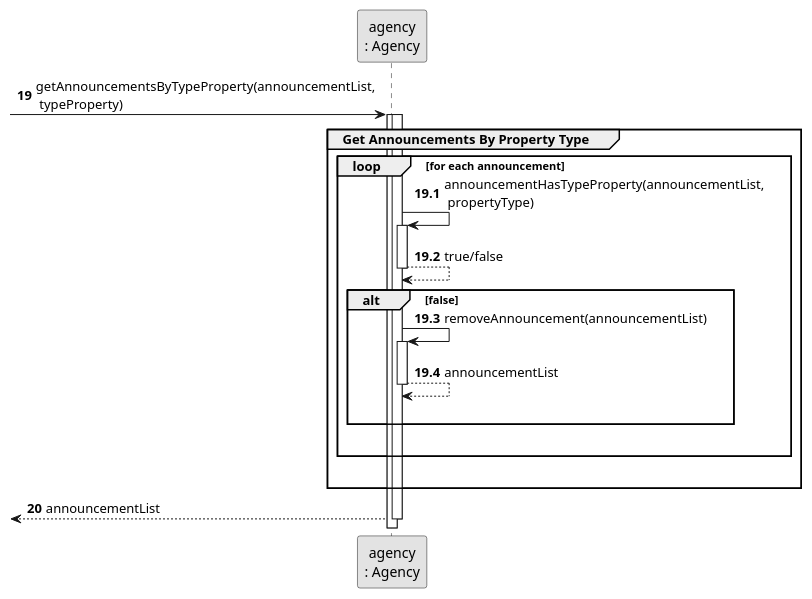
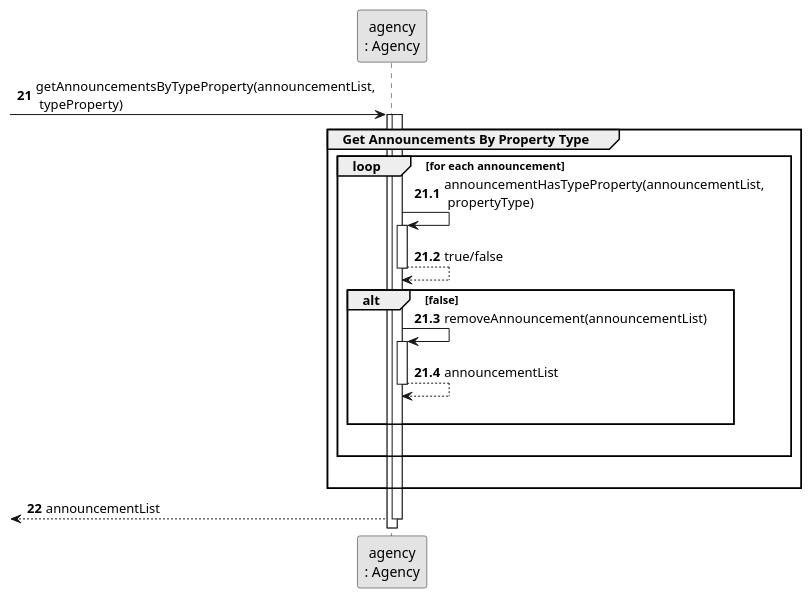
The diagram in docs/sprintB/us001/03.design/puml/us001-sequence-diagram-partial-get-announcements-by-property-type.puml (rita-barbosa/LAPR2-2223), drawn with PlantUML before and after one commit. The commit also changed 15 other files, not shown here.

Commit message:
Update Sequence Diagram [US001][Design].

```diff
--- a/docs/sprintB/us001/03.design/puml/us001-sequence-diagram-partial-get-announcements-by-property-type.puml
+++ b/docs/sprintB/us001/03.design/puml/us001-sequence-diagram-partial-get-announcements-by-property-type.puml
@@ -1,44 +1,44 @@
 @startuml
 skinparam monochrome true
 skinparam packageStyle rectangle
 skinparam shadowing false
 
 
 
 'hide footbox
 participant "agency\n: Agency" as AGENCY
 
-autonumber 19
+autonumber 21
 -> AGENCY : getAnnouncementsByTypeProperty(announcementList,\n typeProperty)
 activate AGENCY
 
-autonumber 19.1
+autonumber 21.1
 activate AGENCY
     group Get Announcements By Property Type
 
         loop for each announcement
                 AGENCY -> AGENCY : announcementHasTypeProperty(announcementList,\n propertyType)
                 activate AGENCY
 
                 AGENCY --> AGENCY: true/false
                 deactivate AGENCY
 
                 alt false
                     AGENCY -> AGENCY : removeAnnouncement(announcementList)
                     activate AGENCY
 
                     AGENCY --> AGENCY: announcementList
                     deactivate AGENCY
                 |||
                 end
                 |||
             end
                 |||
     end
 
-    autonumber 20
+    autonumber 22
 
     <-- AGENCY : announcementList
 deactivate AGENCY
 
 @enduml
```
